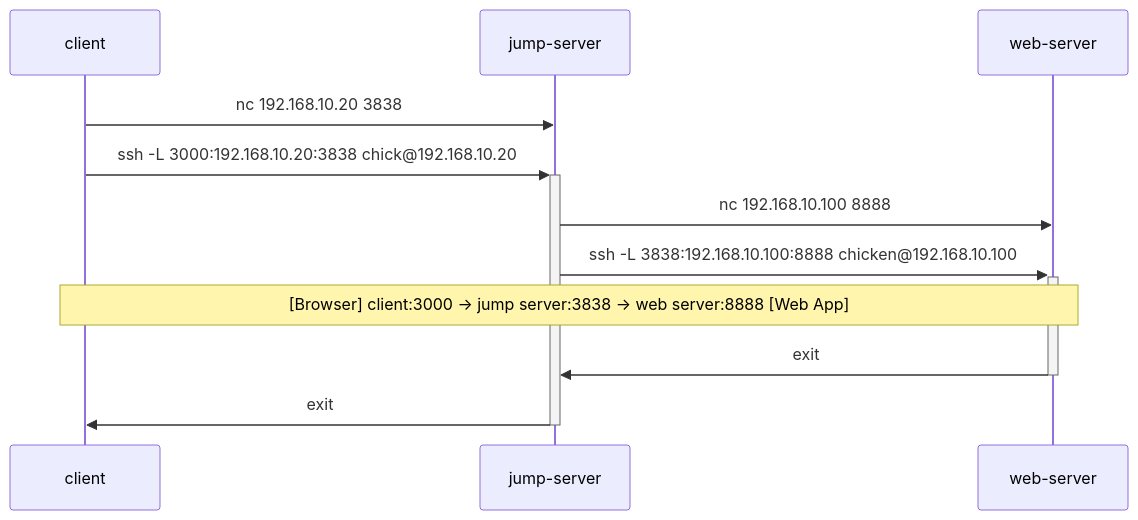
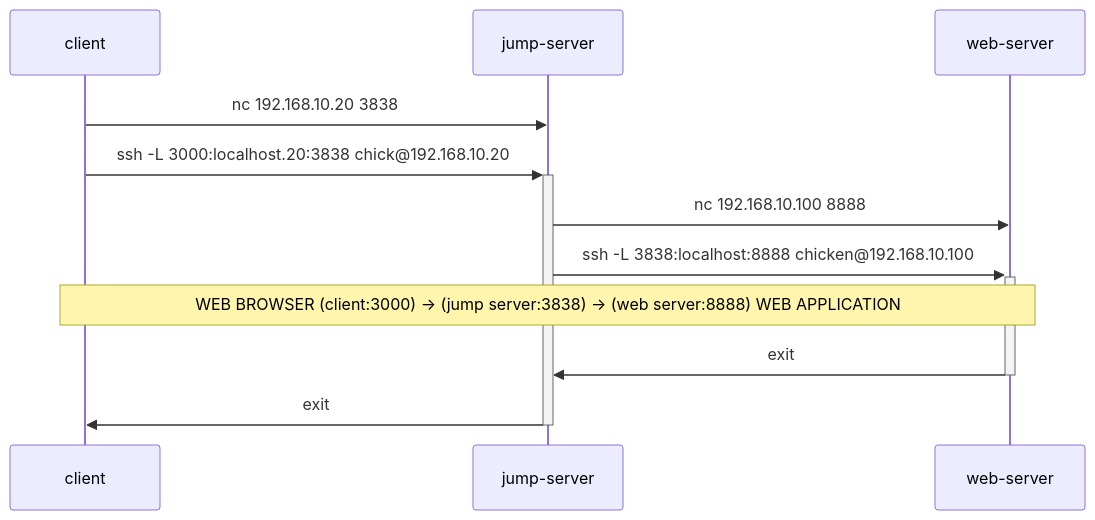
The first of 2 diagrams in local-port-forward.md (qwasium/ssh-memo), drawn with Mermaid before and after one commit. The commit also changed other lines of this file, not shown here.

````diff
--- a/local-port-forward.md
+++ b/local-port-forward.md
@@ -37,10 +40,10 @@
 ```mermaid
 sequenceDiagram
   client ->> jump-server: nc 192.168.10.20 3838
-  client ->> +jump-server: ssh -L 3000:192.168.10.20:3838 chick@192.168.10.20
+  client ->> +jump-server: ssh -L 3000:localhost.20:3838 chick@192.168.10.20
   jump-server ->> web-server: nc 192.168.10.100 8888
-  jump-server ->> +web-server: ssh -L 3838:192.168.10.100:8888 chicken@192.168.10.100
-  Note over client,web-server: [Browser] client:3000 -> jump server:3838 -> web server:8888 [Web App]
+  jump-server ->> +web-server: ssh -L 3838:localhost:8888 chicken@192.168.10.100
+  Note over client,web-server: WEB BROWSER (client:3000) -> (jump server:3838) -> (web server:8888) WEB APPLICATION
   web-server ->> -jump-server: exit
   jump-server ->> -client: exit
 ```
````
